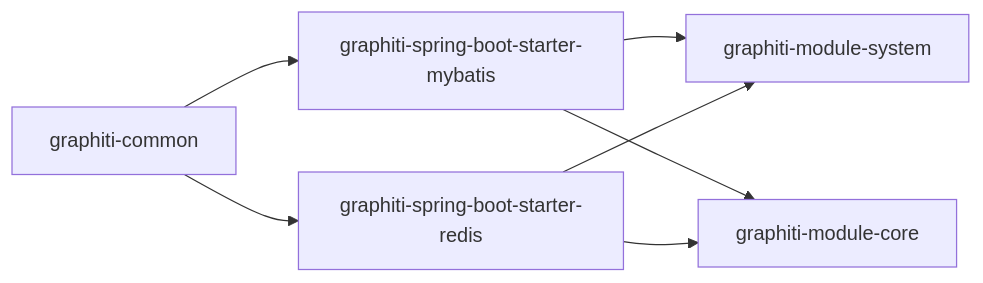
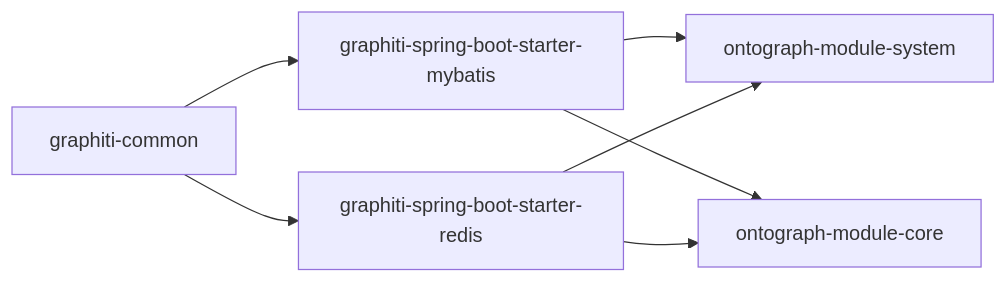
One commit to joezxh/graphiti-java changed the ninth of 9 diagrams in docs/manual/核心模块/框架模块 (graphiti-framework)/数据访问框架.md. Above: the diagram before and after it, drawn with Mermaid. The commit also changed other lines of this file and 200 other files, not shown here.

````diff
--- a/docs/manual/核心模块/框架模块 (graphiti-framework)/数据访问框架.md
+++ b/docs/manual/核心模块/框架模块 (graphiti-framework)/数据访问框架.md
@@ -358,9 +358,9 @@
 ```mermaid
 graph LR
 COMMON["graphiti-common"] --> MYBATIS["graphiti-spring-boot-starter-mybatis"]
 COMMON --> REDIS["graphiti-spring-boot-starter-redis"]
-MYBATIS --> SYS["graphiti-module-system"]
-MYBATIS --> CORE["graphiti-module-core"]
+MYBATIS --> SYS["ontograph-module-system"]
+MYBATIS --> CORE["ontograph-module-core"]
 REDIS --> SYS
 REDIS --> CORE
 ```
````
